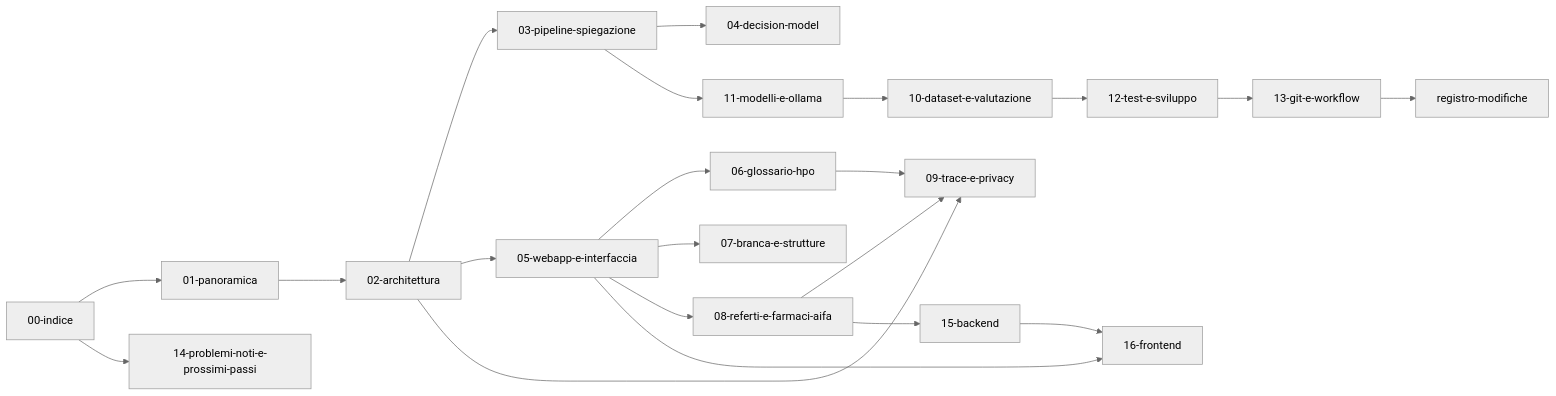
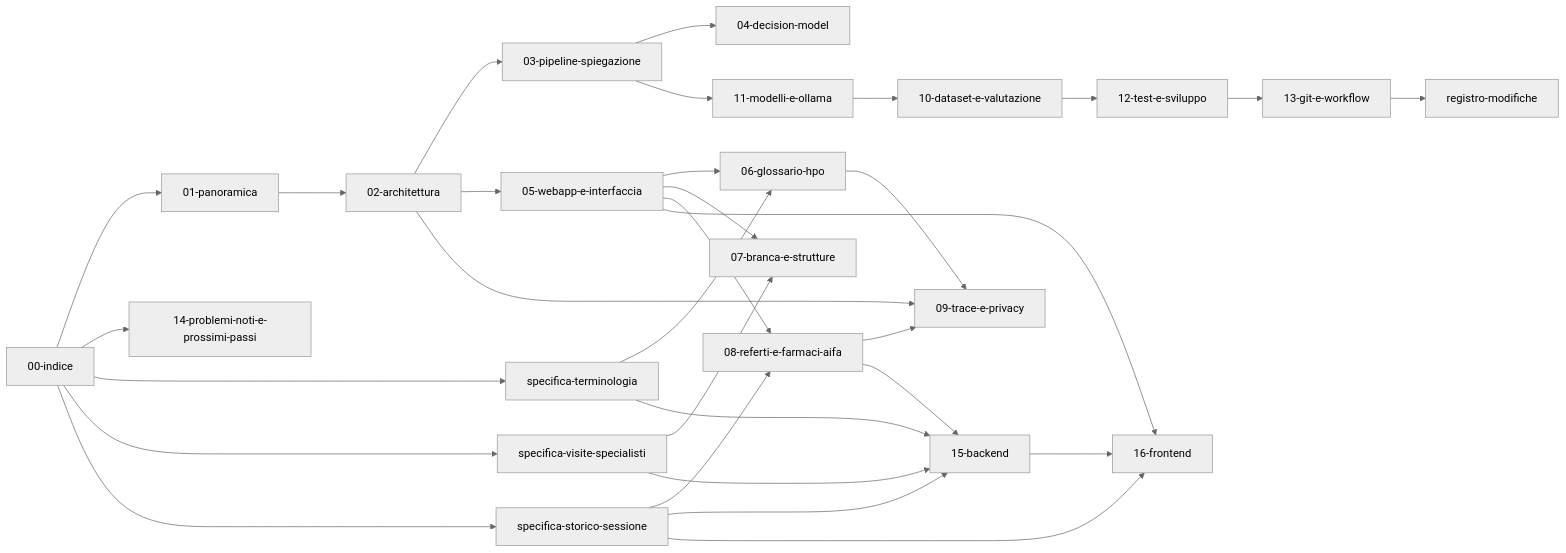
One commit to Andreaioele/Referto changed the diagram in docs/00-indice.md. Above: the diagram before and after it, drawn with Mermaid (neutral theme). The commit also changed other lines of this file and 4 other files, not shown here.

First line of the commit message:
Docs: specifiche per terminologia, visite/specialisti e storico sessione

````diff
--- a/docs/00-indice.md
+++ b/docs/00-indice.md
@@ -47,23 +50,33 @@
 ```mermaid
 graph LR
   indice[00-indice] --> panoramica[01-panoramica]
   panoramica --> architettura[02-architettura]
   architettura --> pipeline[03-pipeline-spiegazione]
   pipeline --> decision[04-decision-model]
   architettura --> webapp[05-webapp-e-interfaccia]
   webapp --> glossario[06-glossario-hpo]
   webapp --> strutture[07-branca-e-strutture]
   webapp --> farmaci[08-referti-e-farmaci-aifa]
   farmaci --> trace[09-trace-e-privacy]
   farmaci --> backend[15-backend]
   backend --> frontend[16-frontend]
   webapp --> frontend
   glossario --> trace
   architettura --> trace
   pipeline --> modelli[11-modelli-e-ollama]
   modelli --> dataset[10-dataset-e-valutazione]
   dataset --> test[12-test-e-sviluppo]
   test --> git[13-git-e-workflow]
   git --> registro[registro-modifiche]
   indice --> problemi[14-problemi-noti-e-prossimi-passi]
+  indice --> specTerminologia[specifica-terminologia]
+  indice --> specVisite[specifica-visite-specialisti]
+  indice --> specStorico[specifica-storico-sessione]
+  specTerminologia --> glossario
+  specTerminologia --> backend
+  specVisite --> strutture
+  specVisite --> backend
+  specStorico --> farmaci
+  specStorico --> backend
+  specStorico --> frontend
 ```
````
